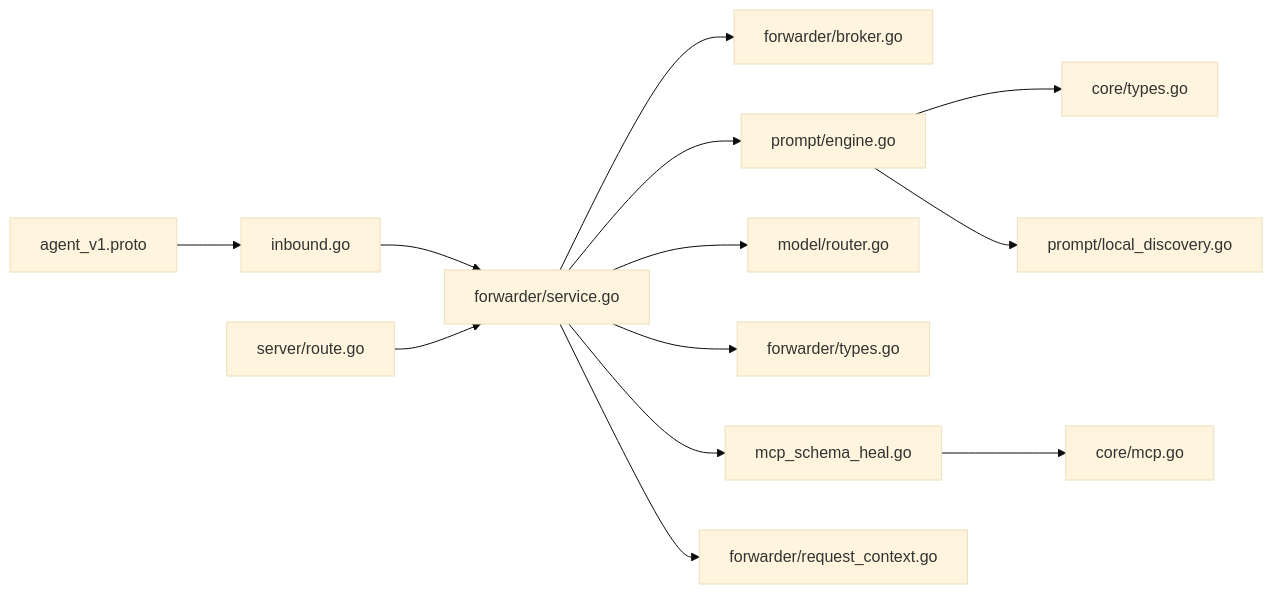
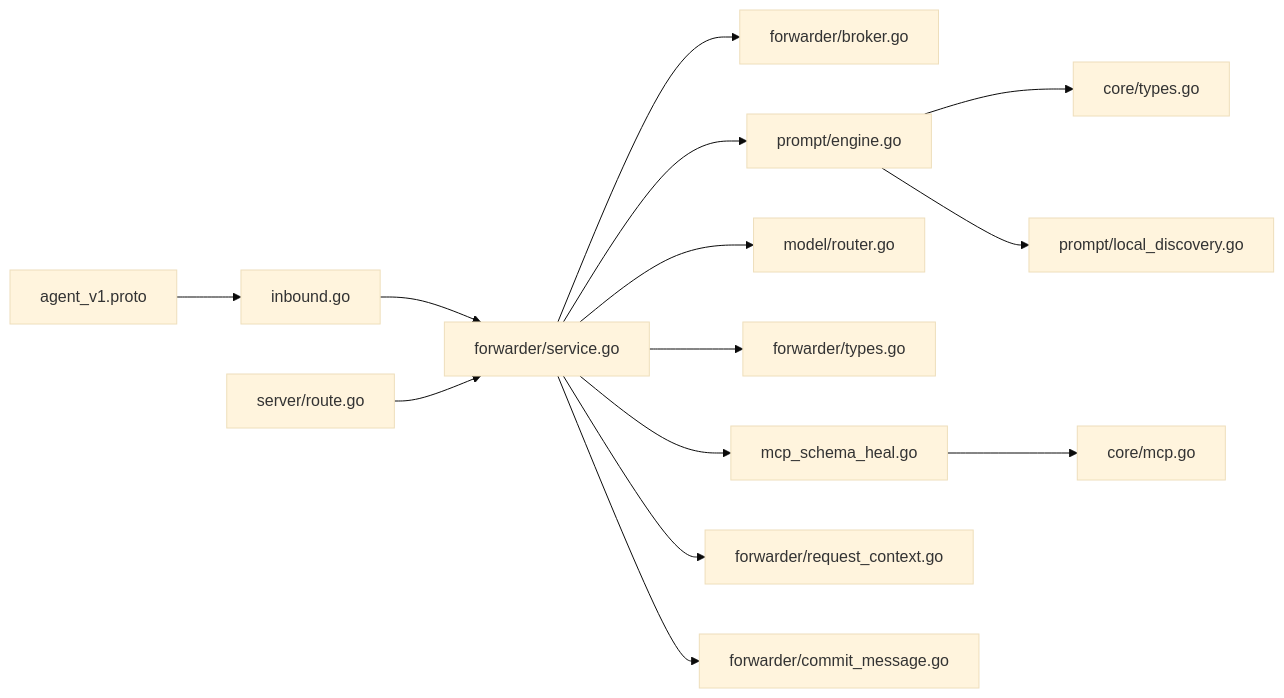
One commit to philau2512/cursor-byok-go-v2 changed diagram 11 of 11 in .qoder/repowiki/en/content/Agent Protocol Support/Agent Protocol Support.md. Above: the diagram before and after it, drawn with Mermaid (base theme). The commit also changed other lines of this file and 16 other files, not shown here.

````diff
--- a/.qoder/repowiki/en/content/Agent Protocol Support/Agent Protocol Support.md
+++ b/.qoder/repowiki/en/content/Agent Protocol Support/Agent Protocol Support.md
@@ -524,15 +634,16 @@
 ```mermaid
 graph LR
 Proto["agent_v1.proto"] --> Inbound["inbound.go"]
 Inbound --> ForwarderService["forwarder/service.go"]
 ForwarderService --> Broker["forwarder/broker.go"]
 ForwarderService --> PromptEngine["prompt/engine.go"]
 ForwarderService --> ModelRouter["model/router.go"]
 PromptEngine --> CoreTypes["core/types.go"]
 ForwarderService --> ForwarderTypes["forwarder/types.go"]
 ServerRoute["server/route.go"] --> ForwarderService
 ForwarderService --> MCPSchemaHeal["mcp_schema_heal.go"]
 MCPSchemaHeal --> CoreMCP["core/mcp.go"]
 PromptEngine --> LocalDiscovery["prompt/local_discovery.go"]
 ForwarderService --> RequestContext["forwarder/request_context.go"]
+ForwarderService --> CommitMessage["forwarder/commit_message.go"]
 ```
````
